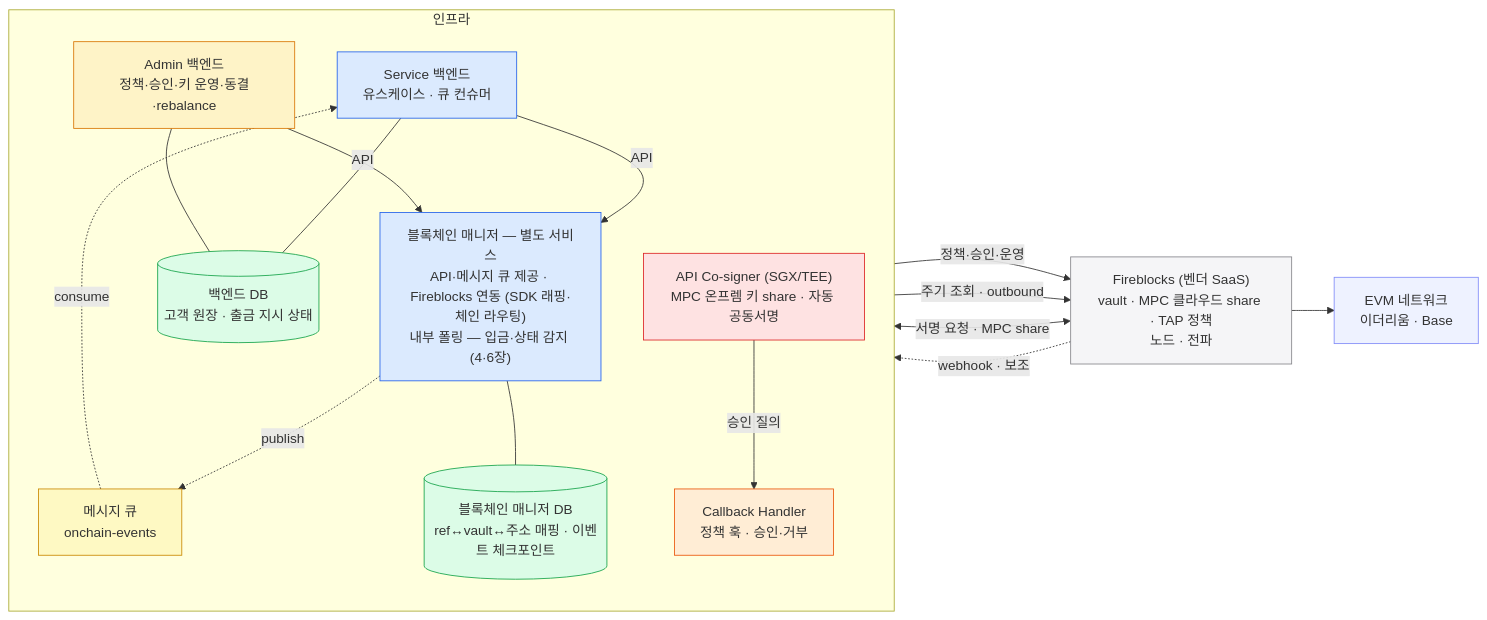
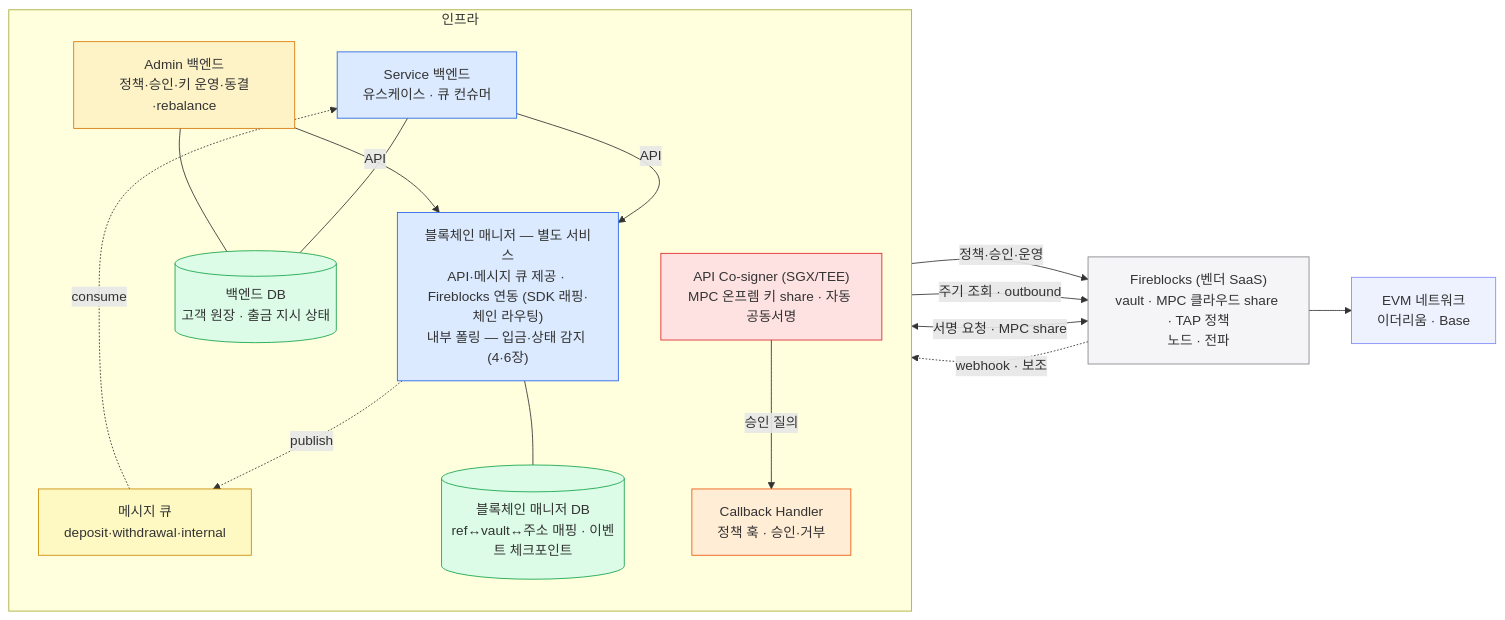
Before and after one commit to eunsujeo/eunpus: the second of 2 diagrams in blockchain-manager/docs/블록체인매니저/설계/00-cast.md, drawn with Mermaid. The commit also changed other lines of this file and 6 other files, not shown here.

````diff
--- a/blockchain-manager/docs/블록체인매니저/설계/00-cast.md
+++ b/blockchain-manager/docs/블록체인매니저/설계/00-cast.md
@@ -50,40 +50,40 @@
 ```mermaid
 flowchart LR
     subgraph OUR["인프라"]
       direction TB
       SVCBE["Service 백엔드<br/>유스케이스 · 큐 컨슈머"]
       ADMBE["Admin 백엔드<br/>정책·승인·키 운영·동결·rebalance"]
       BM["블록체인 매니저 — 별도 서비스<br/>API·메시지 큐 제공 · Fireblocks 연동 (SDK 래핑·체인 라우팅)<br/>내부 폴링 — 입금·상태 감지 (4·6장)"]
-      MQ["메시지 큐<br/>onchain-events"]
+      MQ["메시지 큐<br/>deposit·withdrawal·internal"]
       BDB[("백엔드 DB<br/>고객 원장 · 출금 지시 상태")]
       MDB[("블록체인 매니저 DB<br/>ref↔vault↔주소 매핑 · 이벤트 체크포인트")]
       COS["API Co-signer (SGX/TEE)<br/>MPC 온프렘 키 share · 자동 공동서명"]
       CB["Callback Handler<br/>정책 훅 · 승인·거부"]
     end
     FBV["Fireblocks (벤더 SaaS)<br/>vault · MPC 클라우드 share · TAP 정책<br/>노드 · 전파"]
     EVM["EVM 네트워크<br/>이더리움 · Base"]
 
     SVCBE -->|API| BM
     ADMBE -->|API| BM
     BM -.->|publish| MQ
     MQ -.->|consume| SVCBE
     ADMBE -->|정책·승인·운영| FBV
     SVCBE --- BDB
     ADMBE --- BDB
     BM --- MDB
     FBV <-->|서명 요청 · MPC share| COS
     COS -->|승인 질의| CB
     BM -->|주기 조회 · outbound| FBV
     FBV -.->|webhook · 보조| BM
     FBV --> EVM
 
     classDef svc fill:#dbeafe,stroke:#2563eb;
     classDef adm fill:#fef3c7,stroke:#d97706;
     classDef sec fill:#fee2e2,stroke:#dc2626;
     classDef data fill:#dcfce7,stroke:#16a34a;
     classDef vendor fill:#f5f5f7,stroke:#86868b;
     classDef ext fill:#eef2ff,stroke:#818cf8;
     classDef policy fill:#ffedd5,stroke:#ea580c;
     classDef mq fill:#fef9c3,stroke:#ca8a04;
     class SVCBE,BM svc; class ADMBE adm; class COS sec; class CB policy; class BDB,MDB data; class FBV vendor; class EVM ext; class MQ mq;
 ```
````
